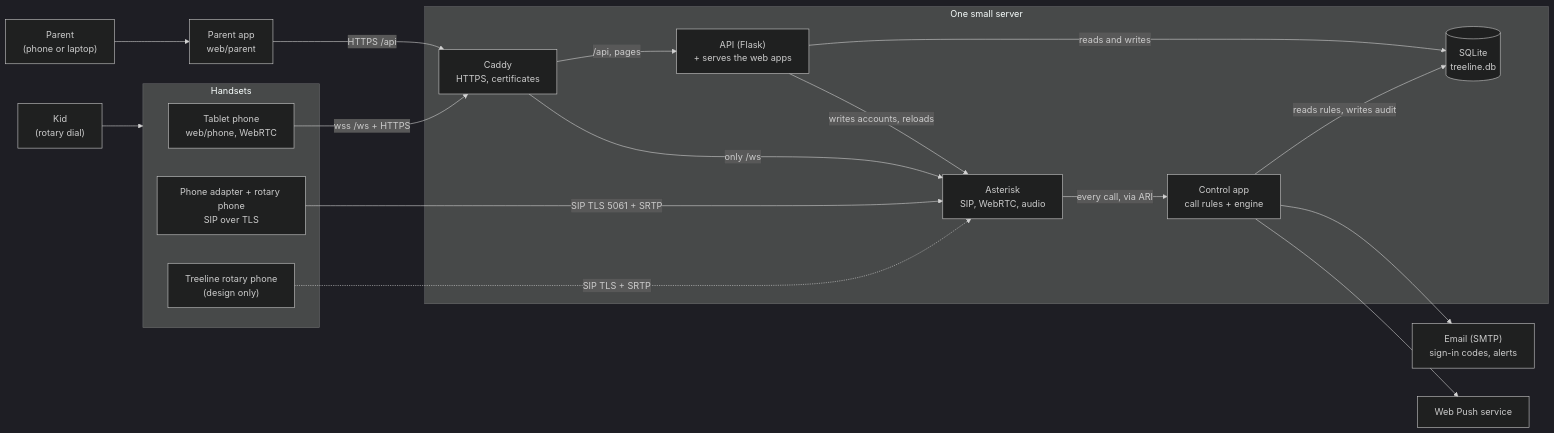
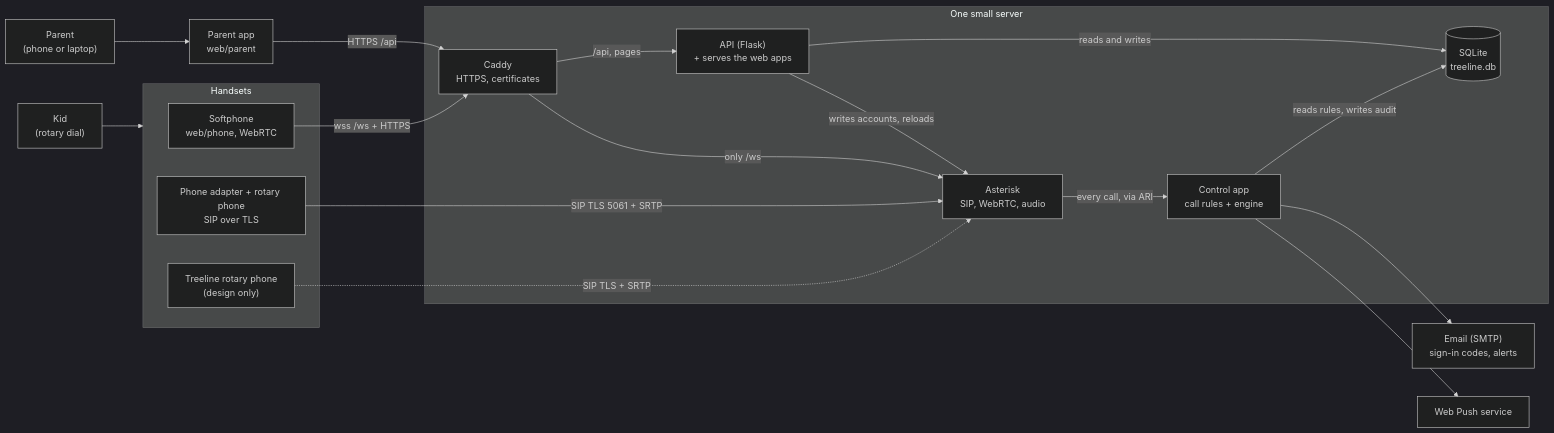
One commit to jdmiller2010/treeline changed the first of 9 diagrams in docs/ARCHITECTURE.md. Above: the diagram before and after it, drawn with Mermaid (dark theme). The commit also changed other lines of this file and 35 other files, not shown here.

First line of the commit message:
Disconnect a phone, use this device as a softphone, quieter tones, realistic dial sounds, 'softphone' wording

````diff
--- a/docs/ARCHITECTURE.md
+++ b/docs/ARCHITECTURE.md
@@ -11,38 +11,38 @@
 ```mermaid
 flowchart LR
     kid["Kid<br/>(rotary dial)"]
     parent["Parent<br/>(phone or laptop)"]
 
     subgraph handsets["Handsets"]
-        tablet["Tablet phone<br/>web/phone, WebRTC"]
+        tablet["Softphone<br/>web/phone, WebRTC"]
         ata["Phone adapter + rotary phone<br/>SIP over TLS"]
         tp["Treeline rotary phone<br/>(design only)"]
     end
 
     subgraph server["One small server"]
         caddy["Caddy<br/>HTTPS, certificates"]
         asterisk["Asterisk<br/>SIP, WebRTC, audio"]
         controller["Control app<br/>call rules + engine"]
         api["API (Flask)<br/>+ serves the web apps"]
         db[("SQLite<br/>treeline.db")]
     end
 
     app["Parent app<br/>web/parent"]
     email["Email (SMTP)<br/>sign-in codes, alerts"]
     push["Web Push service"]
 
     kid --> handsets
     parent --> app
     app -- "HTTPS /api" --> caddy
     tablet -- "wss /ws + HTTPS" --> caddy
     ata -- "SIP TLS 5061 + SRTP" --> asterisk
     tp -. "SIP TLS + SRTP" .-> asterisk
     caddy -- "/api, pages" --> api
     caddy -- "only /ws" --> asterisk
     asterisk -- "every call, via ARI" --> controller
     controller -- "reads rules, writes audit" --> db
     api -- "reads and writes" --> db
     api -- "writes accounts, reloads" --> asterisk
     controller --> email
     controller --> push
 ```
````
